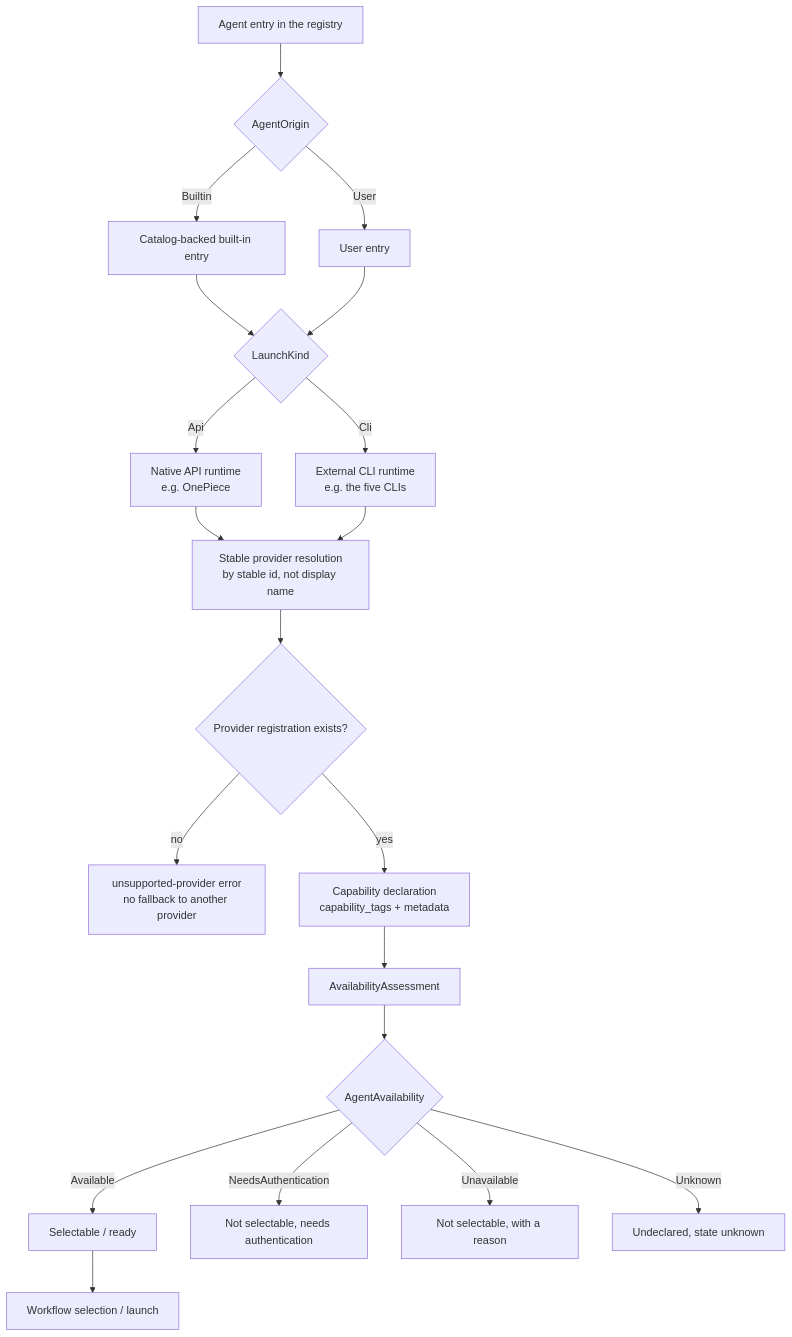
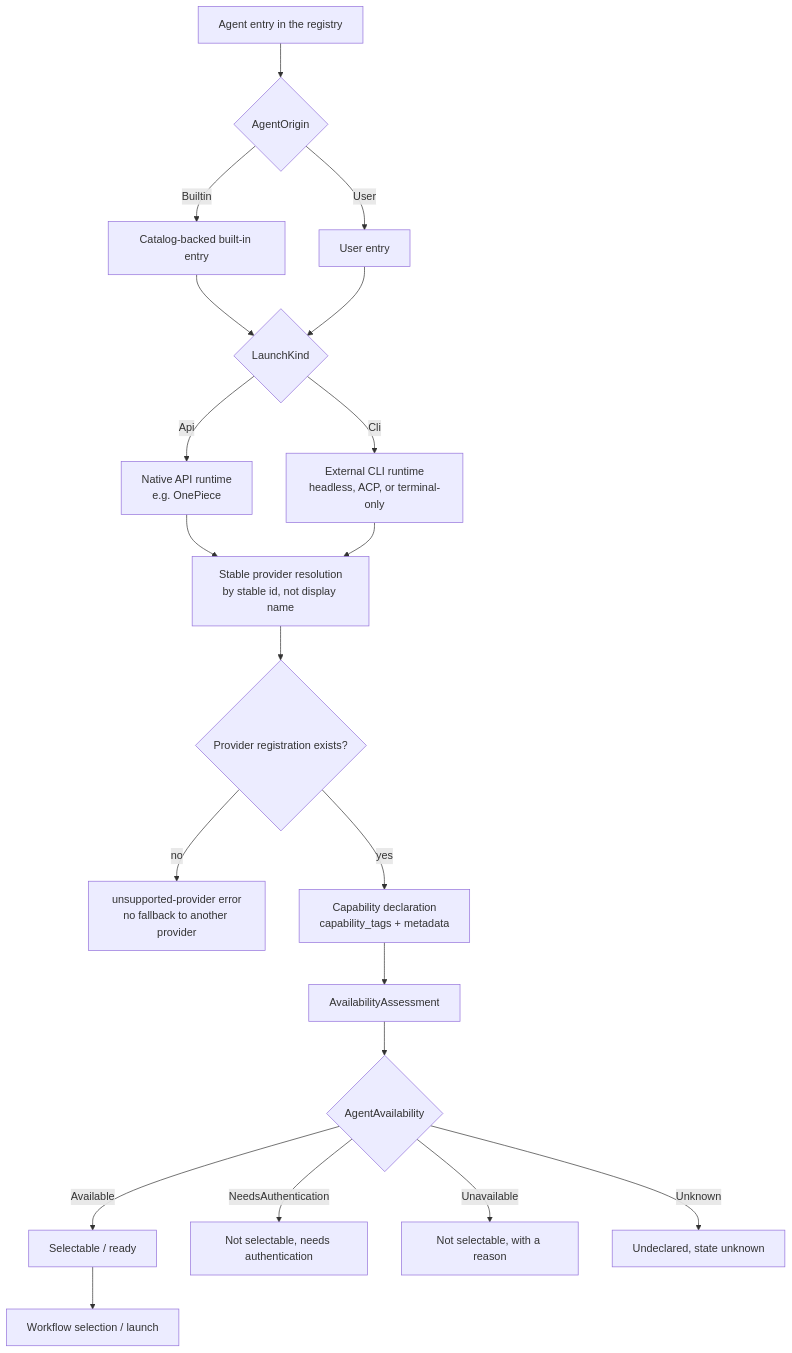
The diagram in docs/developer-guide/src/agent-lifecycle.md (cdavid817/vanehub-ai), drawn with Mermaid before and after one commit. The commit also changed other lines of this file and 82 other files, not shown here.

````diff
--- a/docs/developer-guide/src/agent-lifecycle.md
+++ b/docs/developer-guide/src/agent-lifecycle.md
@@ -23,22 +23,22 @@
 ```mermaid
 flowchart TD
     A["Agent entry in the registry"] --> B{"AgentOrigin"}
     B -- "Builtin" --> C["Catalog-backed built-in entry"]
     B -- "User" --> D["User entry"]
     C --> E{"LaunchKind"}
     D --> E
     E -- "Api" --> F["Native API runtime<br/>e.g. OnePiece"]
-    E -- "Cli" --> G["External CLI runtime<br/>e.g. the five CLIs"]
+    E -- "Cli" --> G["External CLI runtime<br/>headless, ACP, or terminal-only"]
     F --> H["Stable provider resolution<br/>by stable id, not display name"]
     G --> H
     H --> I{"Provider registration exists?"}
     I -- "no" --> J["unsupported-provider error<br/>no fallback to another provider"]
     I -- "yes" --> K["Capability declaration<br/>capability_tags + metadata"]
     K --> L["AvailabilityAssessment"]
     L --> M{"AgentAvailability"}
     M -- "Available" --> N["Selectable / ready"]
     M -- "NeedsAuthentication" --> O["Not selectable, needs authentication"]
     M -- "Unavailable" --> P["Not selectable, with a reason"]
     M -- "Unknown" --> Q["Undeclared, state unknown"]
     N --> R["Workflow selection / launch"]
 ```
````
